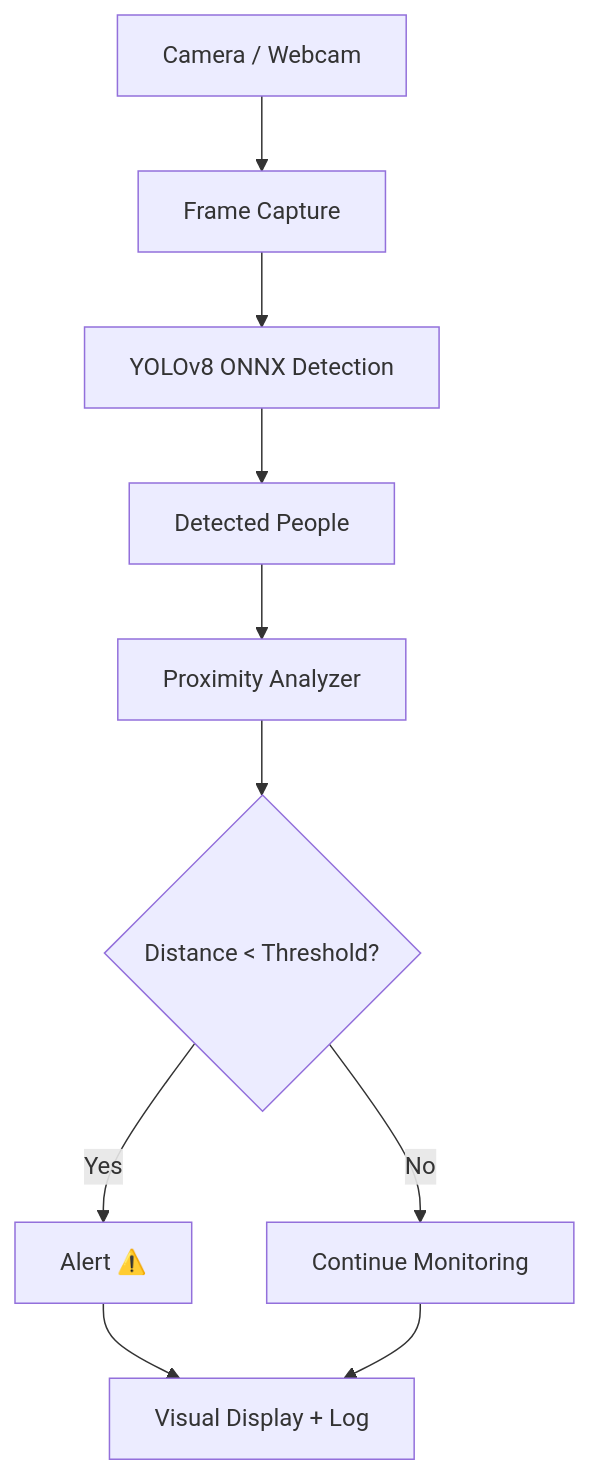
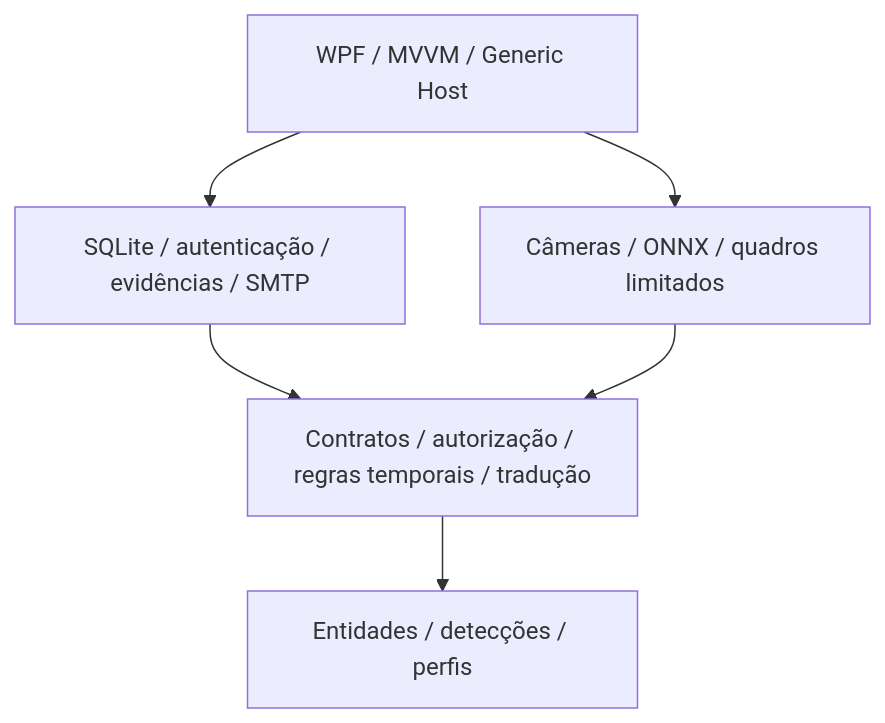
One commit to wilsonsantaluz/SurveillanceAI changed the diagram in readme.md. Above: the diagram before and after it, drawn with Mermaid. The commit also changed other lines of this file and 77 other files, not shown here.

````diff
--- a/readme.md
+++ b/readme.md
@@ -48,12 +27,8 @@
 ```mermaid
 flowchart TD
-    A[Camera / Webcam] --> B[Frame Capture]
-    B --> C[YOLOv8 ONNX Detection]
-    C --> D[Detected People]
-    D --> E[Proximity Analyzer]
-    E --> F{Distance < Threshold?}
-    F -->|Yes| G[Alert ⚠️]
-    F -->|No| H[Continue Monitoring]
-    G --> I[Visual Display + Log]
-    H --> I
+    Desktop[WPF / MVVM / Generic Host] --> Infrastructure[SQLite / autenticação / evidências / SMTP]
+    Desktop --> Monitoring[Câmeras / ONNX / quadros limitados]
+    Infrastructure --> Application[Contratos / autorização / regras temporais / tradução]
+    Monitoring --> Application
+    Application --> Domain[Entidades / detecções / perfis]
 ```
````
